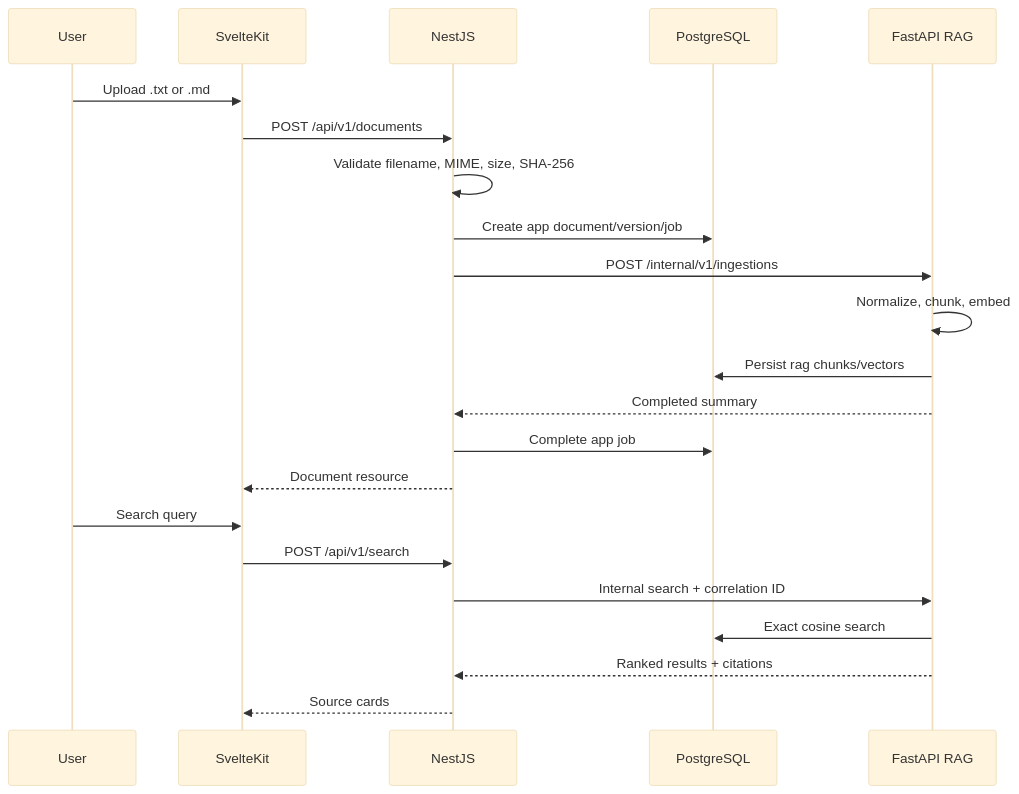
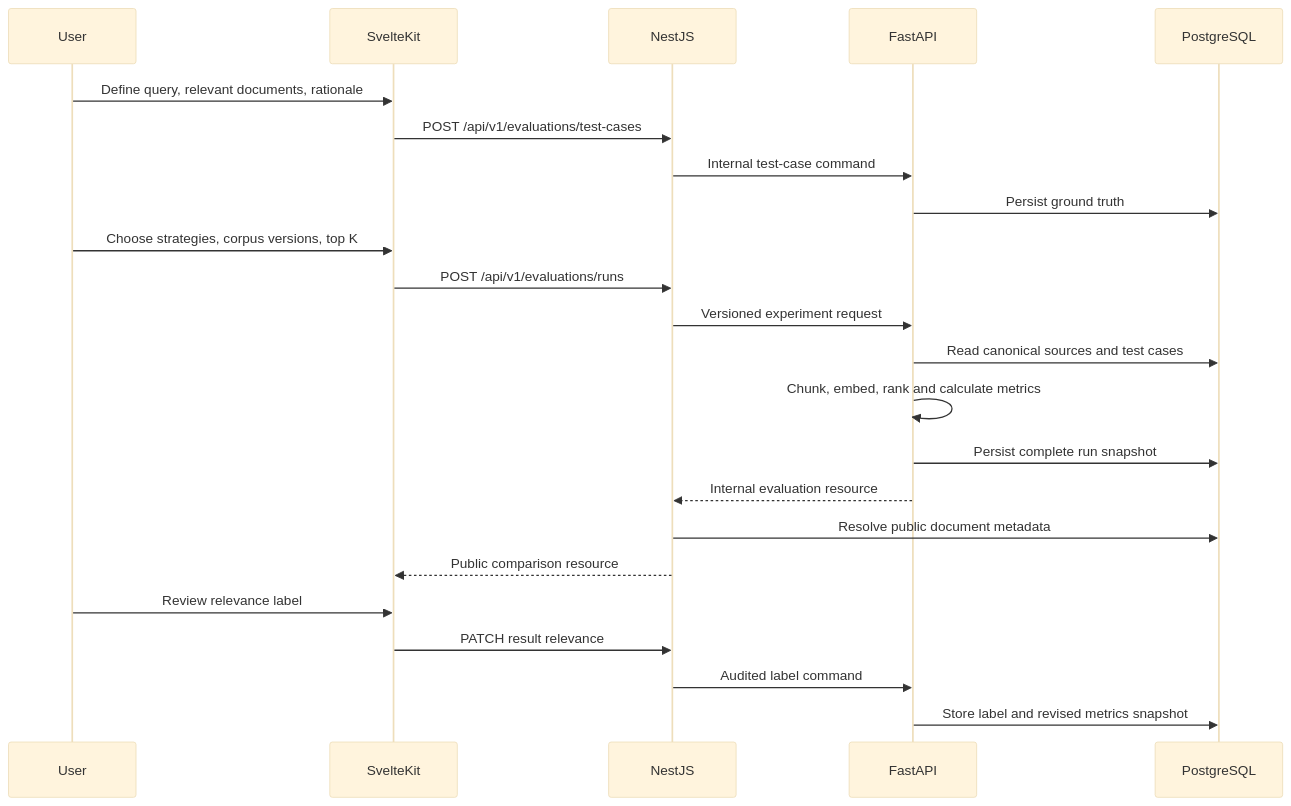
The diagram in 05-rag-agent-workflow-platform/docs/architecture.md (Path-Software-Engineer/RAG-Agentic-Software-Platform), drawn with Mermaid (base theme) before and after one commit. The commit also changed other lines of this file and 64 other files, not shown here.

````diff
--- a/05-rag-agent-workflow-platform/docs/architecture.md
+++ b/05-rag-agent-workflow-platform/docs/architecture.md
@@ -35,25 +36,26 @@
 ```mermaid
 sequenceDiagram
     participant U as User
     participant W as SvelteKit
     participant N as NestJS
+    participant R as FastAPI
     participant P as PostgreSQL
-    participant R as FastAPI RAG
 
-    U->>W: Upload .txt or .md
-    W->>N: POST /api/v1/documents
-    N->>N: Validate filename, MIME, size, SHA-256
-    N->>P: Create app document/version/job
-    N->>R: POST /internal/v1/ingestions
-    R->>R: Normalize, chunk, embed
-    R->>P: Persist rag chunks/vectors
-    R-->>N: Completed summary
-    N->>P: Complete app job
-    N-->>W: Document resource
-    U->>W: Search query
-    W->>N: POST /api/v1/search
-    N->>R: Internal search + correlation ID
-    R->>P: Exact cosine search
-    R-->>N: Ranked results + citations
-    N-->>W: Source cards
+    U->>W: Define query, relevant documents, rationale
+    W->>N: POST /api/v1/evaluations/test-cases
+    N->>R: Internal test-case command
+    R->>P: Persist ground truth
+    U->>W: Choose strategies, corpus versions, top K
+    W->>N: POST /api/v1/evaluations/runs
+    N->>R: Versioned experiment request
+    R->>P: Read canonical sources and test cases
+    R->>R: Chunk, embed, rank and calculate metrics
+    R->>P: Persist complete run snapshot
+    R-->>N: Internal evaluation resource
+    N->>P: Resolve public document metadata
+    N-->>W: Public comparison resource
+    U->>W: Review relevance label
+    W->>N: PATCH result relevance
+    N->>R: Audited label command
+    R->>P: Store label and revised metrics snapshot
 ```
````
